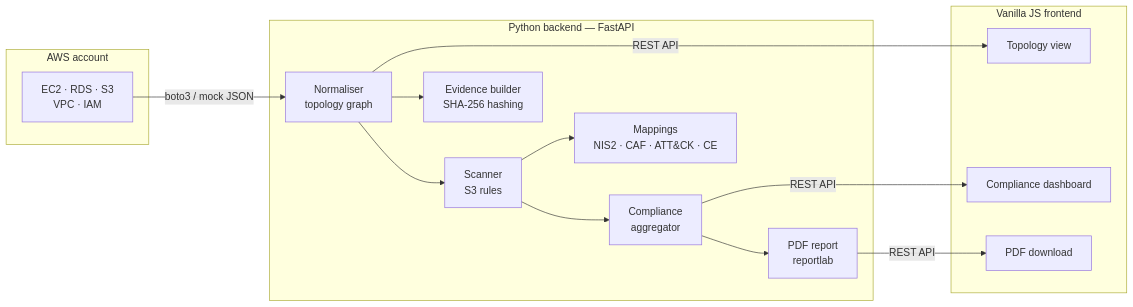
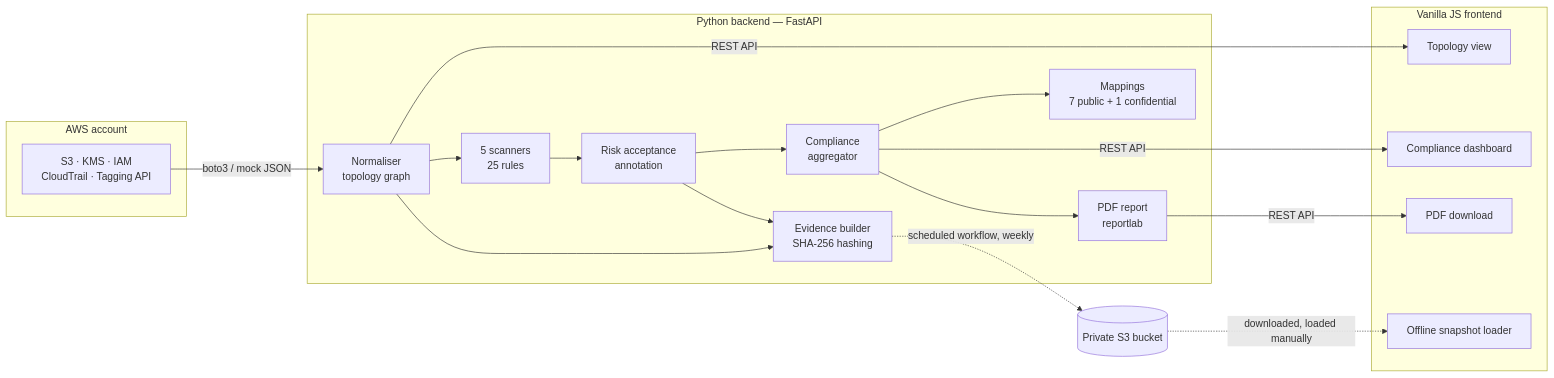
Before and after one commit to josephademola/cloud-resilience-visualizer: the diagram in README.md, drawn with Mermaid. The commit also changed other lines of this file and 1 other file, not shown here.

First line of the commit message:
docs: refresh README and architecture.md for current build state

````diff
--- a/README.md
+++ b/README.md
@@ -29,31 +34,37 @@
 ```mermaid
 flowchart LR
     subgraph AWS ["AWS account"]
-        A1[EC2 · RDS · S3\nVPC · IAM]
+        A1[S3 · KMS · IAM\nCloudTrail · Tagging API]
     end
 
     subgraph Backend ["Python backend — FastAPI"]
         B1[Normaliser\ntopology graph]
-        B2[Scanner\nS3 rules]
+        B2[5 scanners\n25 rules]
         B3[Compliance\naggregator]
-        B4[Evidence builder\nSHA-256 hashing]
-        B5[PDF report\nreportlab]
-        B6[Mappings\nNIS2 · CAF · ATT&CK · CE]
+        B4[Risk acceptance\nannotation]
+        B5[Evidence builder\nSHA-256 hashing]
+        B6[PDF report\nreportlab]
+        B7[Mappings\n7 public + 1 confidential]
     end
 
     subgraph Frontend ["Vanilla JS frontend"]
         C1[Topology view]
         C2[Compliance dashboard]
         C3[PDF download]
+        C4[Offline snapshot loader]
     end
 
     A1 -->|boto3 / mock JSON| B1
     B1 --> B2
-    B2 --> B3
-    B2 --> B6
-    B1 --> B4
-    B3 --> B5
+    B2 --> B4
+    B4 --> B3
+    B3 --> B7
+    B1 --> B5
+    B4 --> B5
+    B3 --> B6
     B3 -->|REST API| C2
     B1 -->|REST API| C1
-    B5 -->|REST API| C3
+    B6 -->|REST API| C3
+    B5 -.->|scheduled workflow, weekly| S3P[(Private S3 bucket)]
+    S3P -.->|downloaded, loaded manually| C4
 ```
````
